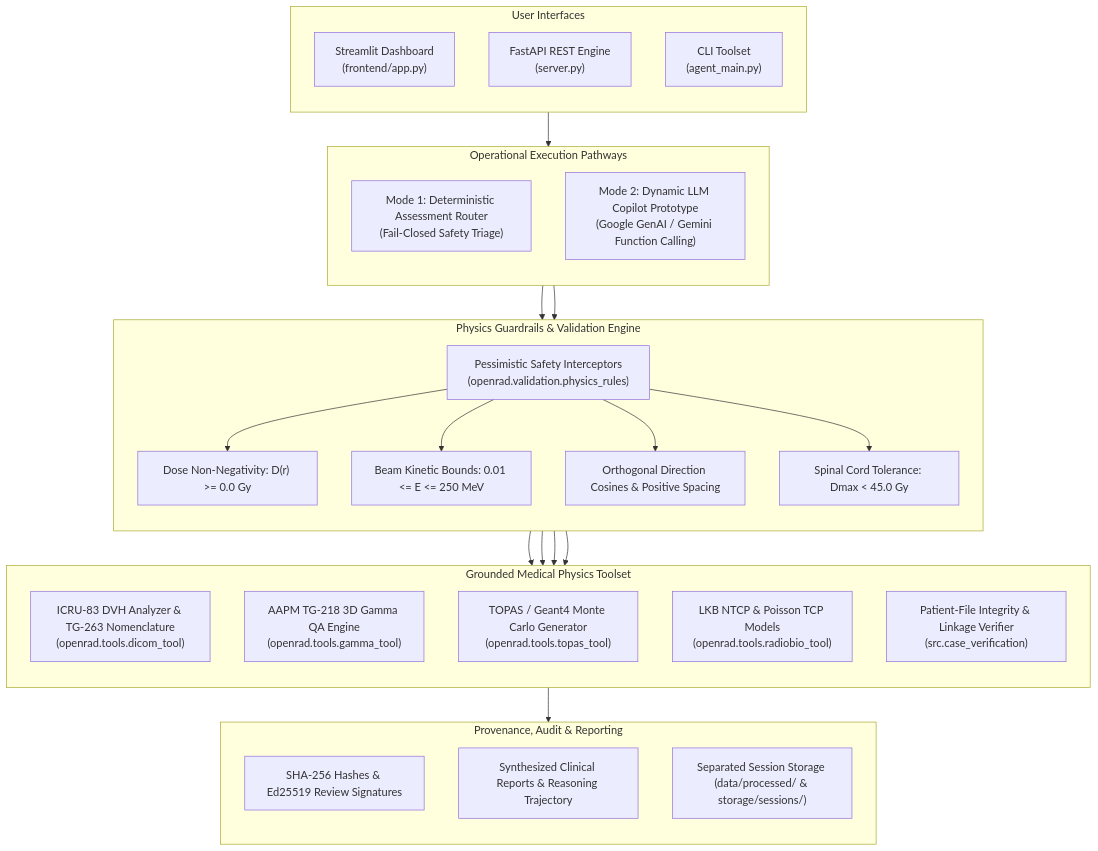
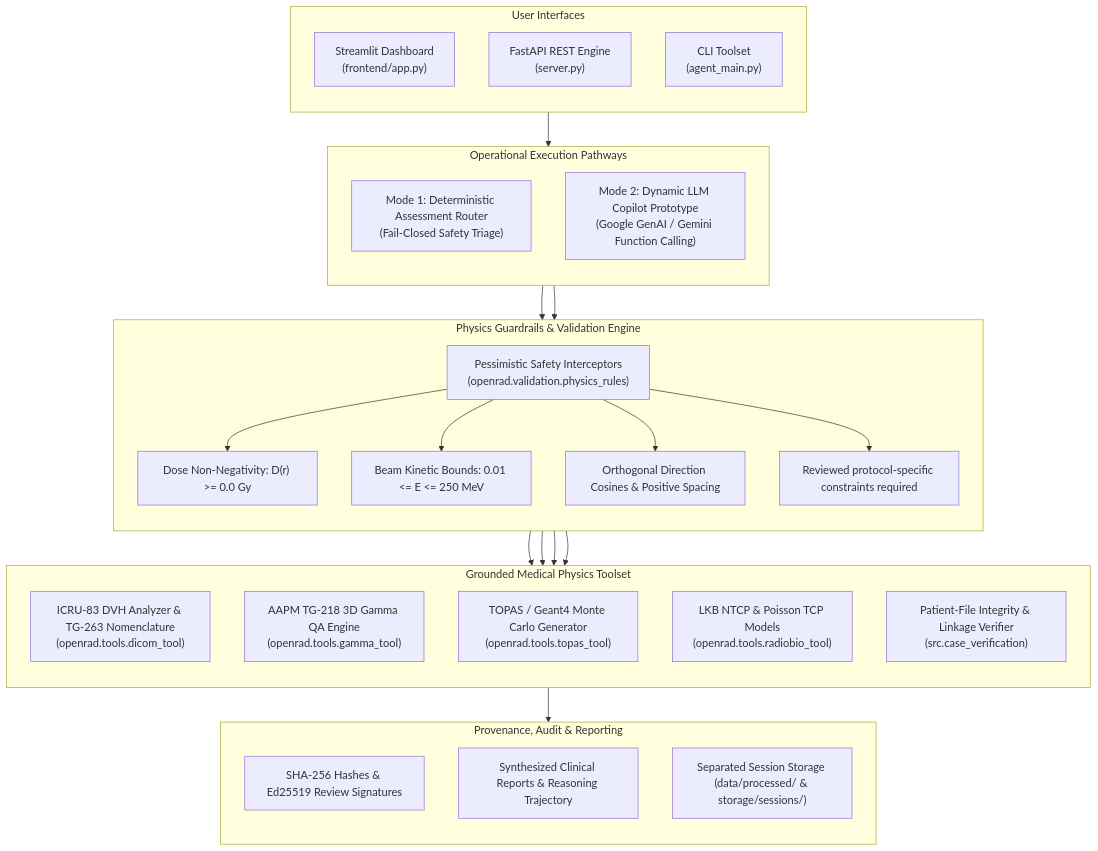
The diagram in README.md (MYT2004/OpenRad-Agent-Public), drawn with Mermaid before and after one commit. The commit also changed other lines of this file and 17 other files, not shown here.

````diff
--- a/README.md
+++ b/README.md
@@ -18,47 +18,47 @@
 ```mermaid
 flowchart TD
     subgraph UI ["User Interfaces"]
         direction TB
         Streamlit["Streamlit Dashboard<br/>(frontend/app.py)"]
         FastAPI["FastAPI REST Engine<br/>(server.py)"]
         CLI["CLI Toolset<br/>(agent_main.py)"]
     end
 
     subgraph DualModes ["Operational Execution Pathways"]
         direction TB
         Mode1["Mode 1: Deterministic Assessment Router<br/>(Fail-Closed Safety Triage)"]
         Mode2["Mode 2: Dynamic LLM Copilot Prototype<br/>(Google GenAI / Gemini Function Calling)"]
     end
 
     subgraph PhysicsEngine ["Physics Guardrails & Validation Engine"]
         direction TB
         Preflight["Pessimistic Safety Interceptors<br/>(openrad.validation.physics_rules)"]
         DoseCheck["Dose Non-Negativity: D(r) >= 0.0 Gy"]
         EnergyCheck["Beam Kinetic Bounds: 0.01 <= E <= 250 MeV"]
         GeomCheck["Orthogonal Direction Cosines & Positive Spacing"]
-        CordCheck["Spinal Cord Tolerance: Dmax < 45.0 Gy"]
+        CordCheck["Reviewed protocol-specific constraints required"]
     end
 
     subgraph DeterministicTools ["Grounded Medical Physics Toolset"]
         direction TB
         DVH["ICRU-83 DVH Analyzer & TG-263 Nomenclature<br/>(openrad.tools.dicom_tool)"]
         Gamma["AAPM TG-218 3D Gamma QA Engine<br/>(openrad.tools.gamma_tool)"]
         TOPAS["TOPAS / Geant4 Monte Carlo Generator<br/>(openrad.tools.topas_tool)"]
         Radiobio["LKB NTCP & Poisson TCP Models<br/>(openrad.tools.radiobio_tool)"]
         Intake["Patient-File Integrity & Linkage Verifier<br/>(src.case_verification)"]
     end
 
     subgraph Outputs ["Provenance, Audit & Reporting"]
         direction TB
         Audit["SHA-256 Hashes & Ed25519 Review Signatures"]
         Reports["Synthesized Clinical Reports & Reasoning Trajectory"]
         Storage["Separated Session Storage (data/processed/ & storage/sessions/)"]
     end
 
     UI --> DualModes
     Mode1 --> Preflight
     Mode2 --> Preflight
     Preflight --> DoseCheck & EnergyCheck & GeomCheck & CordCheck
     DoseCheck & EnergyCheck & GeomCheck & CordCheck --> DeterministicTools
     DeterministicTools --> Outputs
 ```
````
